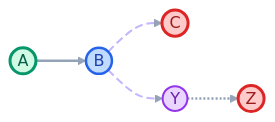
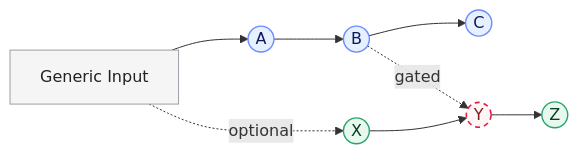
The diagram in docs/diagrams/dpm-overview-two-pathways.mermaid (thiagosindra/higher-resolution-hypothesis), drawn with Mermaid before and after one commit. The commit also changed 25 other files, not shown here.

```diff
--- a/docs/diagrams/dpm-overview-two-pathways.mermaid
+++ b/docs/diagrams/dpm-overview-two-pathways.mermaid
@@ -1,28 +1,12 @@
-%%{init: {
-  'theme': 'base',
-  'themeVariables': {
-    'fontFamily': 'Inter, system-ui, sans-serif',
-    'fontSize': '16px',
-    'lineColor': '#cbd5e1',
-    'edgeLabelBackground': 'transparent',
-    'nodeSpacing': 100,
-    'rankSpacing': 100
-  }
-}}%%
-graph LR
-    A((A)) --> B((B))
-    
-    B --> C((C))
-    B -.-> Y((Y))
-    
-    Y -.-> Z((Z))
-    
-    style A fill:#d1fae5,stroke:#059669,stroke-width:3px,color:#065f46
-    style B fill:#bfdbfe,stroke:#2563eb,stroke-width:2.5px,color:#1e40af
-    style C fill:#fecaca,stroke:#dc2626,stroke-width:3px,color:#991b1b
-    style Z fill:#fecaca,stroke:#dc2626,stroke-width:3px,color:#991b1b
-    style Y fill:#e9d5ff,stroke:#9333ea,stroke-width:2px,color:#6b21a8
-    
-    linkStyle default stroke:#94a3b8,stroke-width:2.5px
-    linkStyle 1 stroke:#c4b5fd,stroke-width:2px,stroke-dasharray: 8 4
-    linkStyle 2 stroke:#c4b5fd,stroke-width:2px,stroke-dasharray: 8 4
+%% DPM overview: two primary pathways with one conditional cross-route
+flowchart LR
+  Inp[Generic Input]:::in --> A((A)):::p1 --> B((B)):::p1 --> C((C)):::p1
+  Inp -. optional .-> X((X)):::p2
+  X --> Y((Y)):::p2 --> Z((Z)):::p2
+  %% Conditional collateral
+  B -. gated .-> Y:::cond
+
+  classDef p1 fill:#e6f0ff,stroke:#6b8cff,stroke-width:1.4px,color:#0b1b5e;
+  classDef p2 fill:#e7f8ee,stroke:#29a36a,stroke-width:1.4px,color:#0b3b23;
+  classDef cond stroke:#e11d48,stroke-dasharray:5 4,stroke-width:1.6px,color:#7f1d1d,fill:#fff7f7;
+  classDef in fill:#f5f5f5,stroke:#9aa0a6,color:#202124;
```
